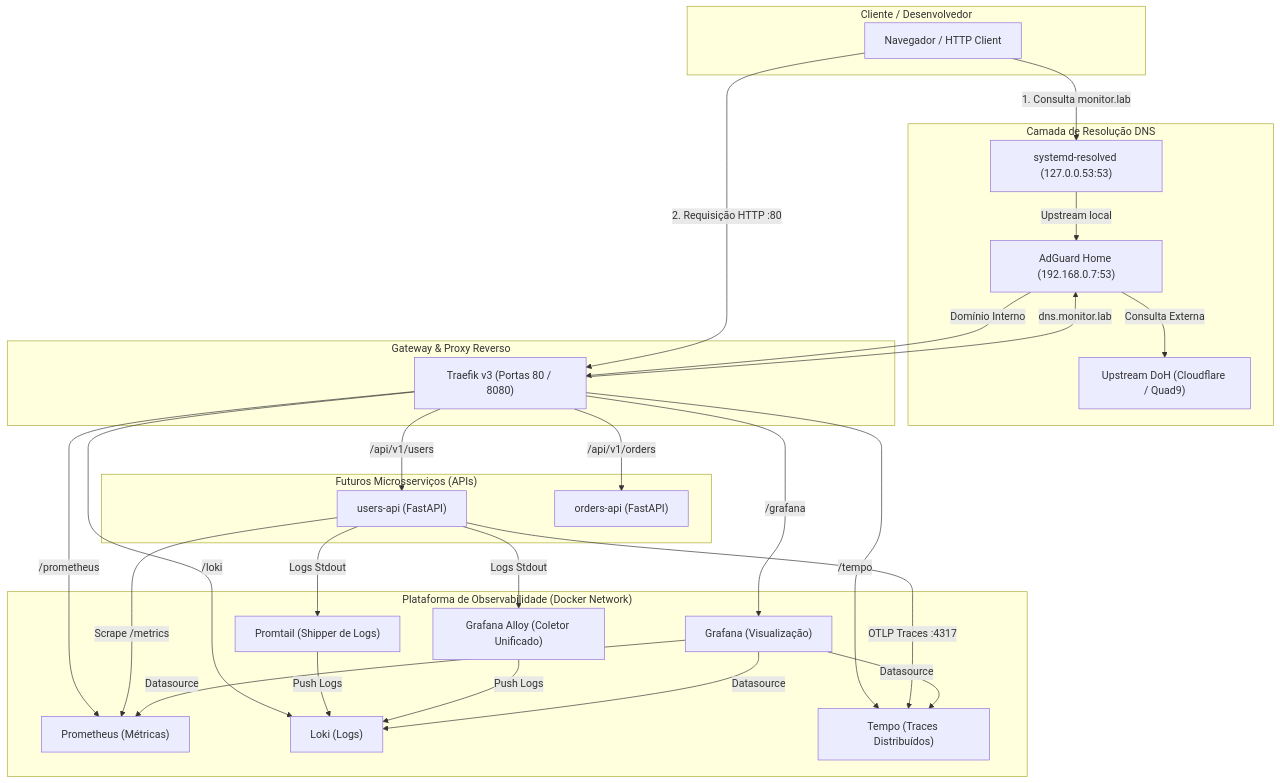
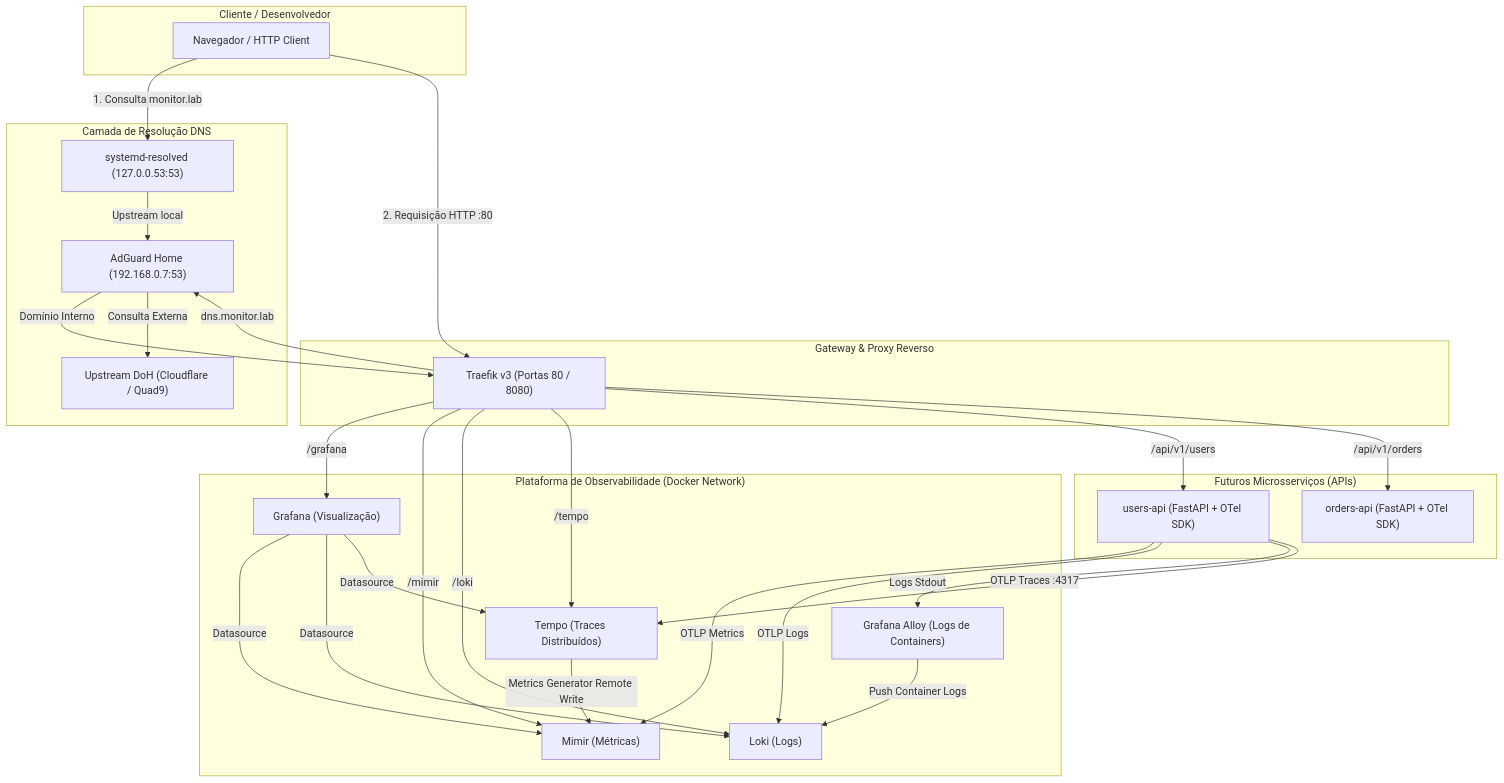
The first of 6 diagrams in Infrastructure Diagrams.md (GuiJeff0/monitor_lab), drawn with Mermaid before and after one commit. The commit also changed other lines of this file and 8 other files, not shown here.

````diff
--- a/Infrastructure Diagrams.md
+++ b/Infrastructure Diagrams.md
@@ -12,59 +12,58 @@
 ```mermaid
 flowchart TD
     subgraph Cliente["Cliente / Desenvolvedor"]
         User["Navegador / HTTP Client"]
     end
 
     subgraph ResoluçaoDNS["Camada de Resolução DNS"]
         SysResolved["systemd-resolved (127.0.0.53:53)"]
         AdGuard["AdGuard Home (192.168.0.7:53)"]
         DoH["Upstream DoH (Cloudflare / Quad9)"]
     end
 
     subgraph Gateway["Gateway & Proxy Reverso"]
         Traefik["Traefik v3 (Portas 80 / 8080)"]
     end
 
     subgraph Observabilidade["Plataforma de Observabilidade (Docker Network)"]
         Grafana["Grafana (Visualização)"]
-        Prometheus["Prometheus (Métricas)"]
+        Mimir["Mimir (Métricas)"]
         Loki["Loki (Logs)"]
         Tempo["Tempo (Traces Distribuídos)"]
-        Alloy["Grafana Alloy (Coletor Unificado)"]
-        Promtail["Promtail (Shipper de Logs)"]
+        Alloy["Grafana Alloy (Logs de Containers)"]
     end
 
     subgraph Apps["Futuros Microsserviços (APIs)"]
-        UsersAPI["users-api (FastAPI)"]
-        OrdersAPI["orders-api (FastAPI)"]
+        UsersAPI["users-api (FastAPI + OTel SDK)"]
+        OrdersAPI["orders-api (FastAPI + OTel SDK)"]
     end
 
     %% Conexões DNS
     User -->|1. Consulta monitor.lab| SysResolved
     SysResolved -->|Upstream local| AdGuard
     AdGuard -->|Domínio Interno| Traefik
     AdGuard -->|Consulta Externa| DoH
 
     %% Conexões HTTP
     User -->|2. Requisição HTTP :80| Traefik
     Traefik -->|/grafana| Grafana
-    Traefik -->|/prometheus| Prometheus
+    Traefik -->|/mimir| Mimir
     Traefik -->|/loki| Loki
     Traefik -->|/tempo| Tempo
     Traefik -->|dns.monitor.lab| AdGuard
     Traefik -->|/api/v1/users| UsersAPI
     Traefik -->|/api/v1/orders| OrdersAPI
 
-    %% Telemetria das APIs
-    UsersAPI -->|Logs Stdout| Promtail
+    %% Telemetria das APIs (OpenTelemetry SDK)
+    UsersAPI -->|OTLP Metrics| Mimir
+    UsersAPI -->|OTLP Logs| Loki
     UsersAPI -->|Logs Stdout| Alloy
     UsersAPI -->|OTLP Traces :4317| Tempo
-    UsersAPI -->|Scrape /metrics| Prometheus
 
-    %% Integração de Dados
-    Promtail -->|Push Logs| Loki
-    Alloy -->|Push Logs| Loki
-    Grafana -->|Datasource| Prometheus
+    %% Integração de Dados & Infra
+    Alloy -->|Push Container Logs| Loki
+    Tempo -->|Metrics Generator Remote Write| Mimir
+    Grafana -->|Datasource| Mimir
     Grafana -->|Datasource| Loki
     Grafana -->|Datasource| Tempo
 ```
````
